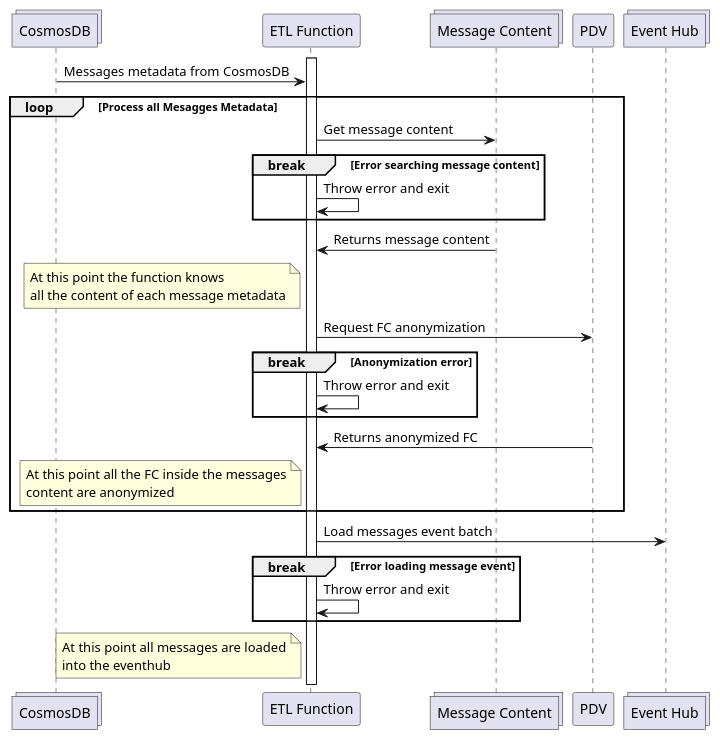
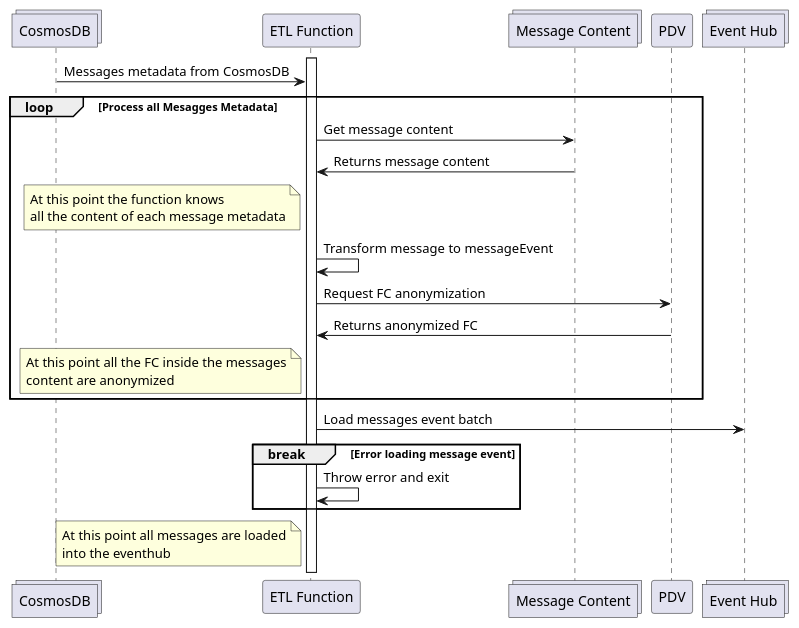
One commit to pagopa/io-messages changed the diagram in apps/etl-func/docs/messages-ingestion/messages-ingestion-flow.puml. Above: the diagram before and after it, drawn with PlantUML. The commit also changed 3 other files, not shown here.

```diff
--- a/apps/etl-func/docs/messages-ingestion/messages-ingestion-flow.puml
+++ b/apps/etl-func/docs/messages-ingestion/messages-ingestion-flow.puml
@@ -1,41 +1,42 @@
 @startuml messages-ingestion-flow
 collections "CosmosDB" as CosmosDB
 participant "ETL Function" as etlFunc
 collections "Message Content" as MessageContent
 participant "PDV" as PDV
 collections "Event Hub" as EventHub
 
 activate etlFunc
 CosmosDB -> etlFunc: Messages metadata from CosmosDB
 
 loop Process all Mesagges Metadata
   etlFunc -> MessageContent: Get message content
-  break Error searching message content
-      etlFunc -> etlFunc: Throw error and exit
-  end
+  ' break Error searching message content
+  '     etlFunc -> etlFunc: Throw error and exit
+  ' end
   MessageContent -> etlFunc: Returns message content
   note left of etlFunc
     At this point the function knows
     all the content of each message metadata
   end note
+  etlFunc -> etlFunc: Transform message to messageEvent
   etlFunc -> PDV: Request FC anonymization
-  break Anonymization error
-      etlFunc -> etlFunc: Throw error and exit
-  end
+  ' break Anonymization error
+  '     etlFunc -> etlFunc: Throw error and exit
+  ' end
   PDV -> etlFunc: Returns anonymized FC
   note left of etlFunc
     At this point all the FC inside the messages
     content are anonymized
   end note
 end
 
 etlFunc -> EventHub: Load messages event batch
 break Error loading message event
     etlFunc -> etlFunc: Throw error and exit
 end
 note left of etlFunc
     At this point all messages are loaded
     into the eventhub
 end note
 
 @enduml
```
